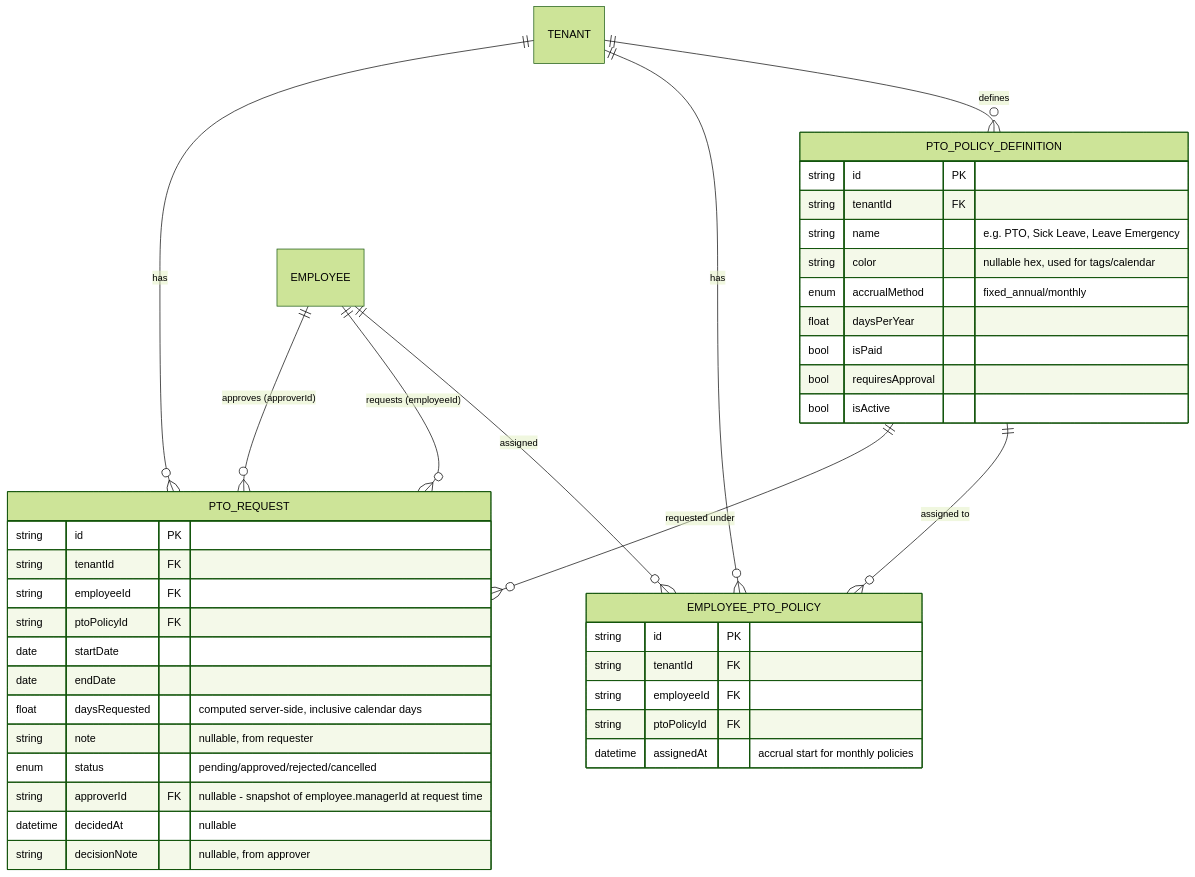
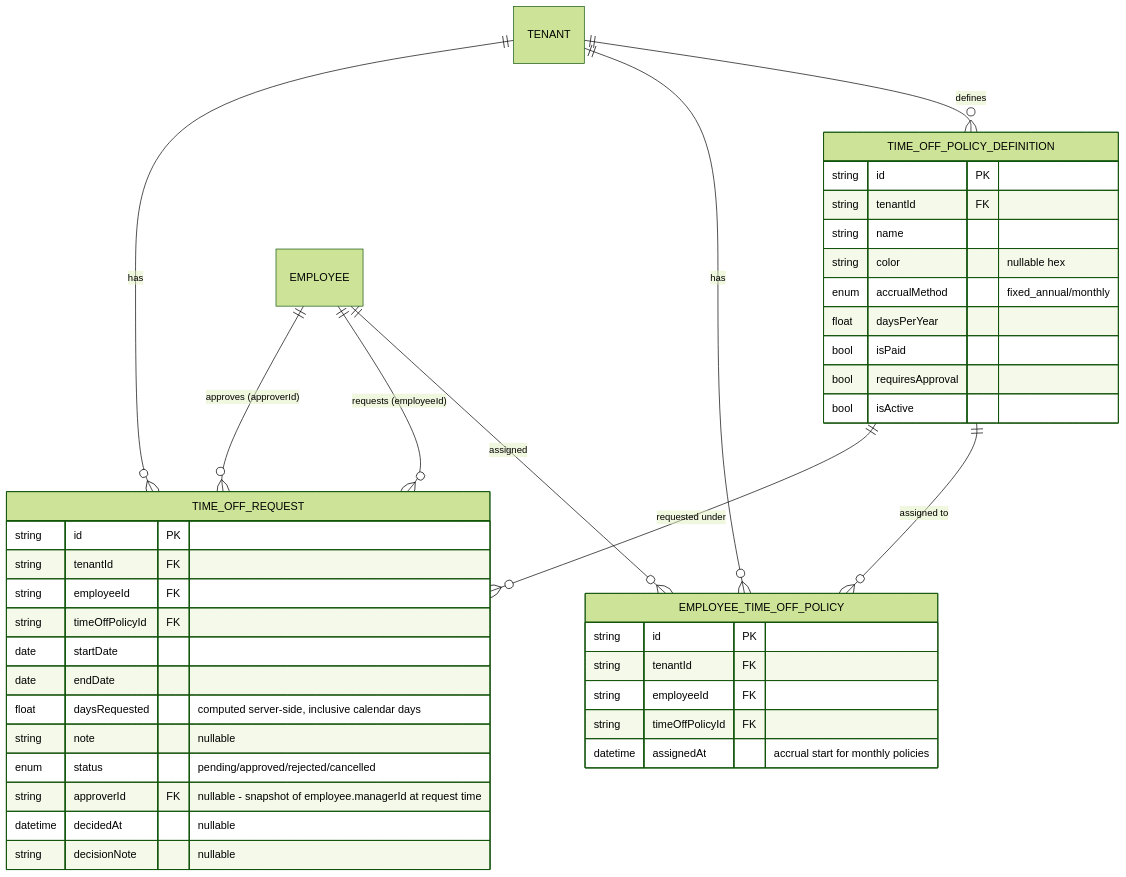
Before and after one commit to ABravo2025/northstack: the third of 5 diagrams in docs/database-schema.md, drawn with Mermaid (forest theme). The commit also changed other lines of this file and 5 other files, not shown here.

First line of the commit message:
Update docs, context, process, and DB schema for Clients redesign + router split

````diff
--- a/docs/database-schema.md
+++ b/docs/database-schema.md
@@ -152,45 +185,45 @@
 ```mermaid
 erDiagram
-    TENANT ||--o{ PTO_POLICY_DEFINITION : "defines"
-    TENANT ||--o{ EMPLOYEE_PTO_POLICY : "has"
-    TENANT ||--o{ PTO_REQUEST : "has"
+    TENANT ||--o{ TIME_OFF_POLICY_DEFINITION : "defines"
+    TENANT ||--o{ EMPLOYEE_TIME_OFF_POLICY : "has"
+    TENANT ||--o{ TIME_OFF_REQUEST : "has"
 
-    EMPLOYEE ||--o{ EMPLOYEE_PTO_POLICY : "assigned"
-    PTO_POLICY_DEFINITION ||--o{ EMPLOYEE_PTO_POLICY : "assigned to"
-    EMPLOYEE ||--o{ PTO_REQUEST : "requests (employeeId)"
-    EMPLOYEE ||--o{ PTO_REQUEST : "approves (approverId)"
-    PTO_POLICY_DEFINITION ||--o{ PTO_REQUEST : "requested under"
+    EMPLOYEE ||--o{ EMPLOYEE_TIME_OFF_POLICY : "assigned"
+    TIME_OFF_POLICY_DEFINITION ||--o{ EMPLOYEE_TIME_OFF_POLICY : "assigned to"
+    EMPLOYEE ||--o{ TIME_OFF_REQUEST : "requests (employeeId)"
+    EMPLOYEE ||--o{ TIME_OFF_REQUEST : "approves (approverId)"
+    TIME_OFF_POLICY_DEFINITION ||--o{ TIME_OFF_REQUEST : "requested under"
 
-    PTO_POLICY_DEFINITION {
+    TIME_OFF_POLICY_DEFINITION {
         string id PK
         string tenantId FK
-        string name "e.g. PTO, Sick Leave, Leave Emergency"
-        string color "nullable hex, used for tags/calendar"
+        string name
+        string color "nullable hex"
         enum accrualMethod "fixed_annual/monthly"
         float daysPerYear
         bool isPaid
         bool requiresApproval
         bool isActive
     }
-    EMPLOYEE_PTO_POLICY {
+    EMPLOYEE_TIME_OFF_POLICY {
         string id PK
         string tenantId FK
         string employeeId FK
-        string ptoPolicyId FK
+        string timeOffPolicyId FK
         datetime assignedAt "accrual start for monthly policies"
     }
-    PTO_REQUEST {
+    TIME_OFF_REQUEST {
         string id PK
         string tenantId FK
         string employeeId FK
-        string ptoPolicyId FK
+        string timeOffPolicyId FK
         date startDate
         date endDate
         float daysRequested "computed server-side, inclusive calendar days"
-        string note "nullable, from requester"
+        string note "nullable"
         enum status "pending/approved/rejected/cancelled"
         string approverId FK "nullable - snapshot of employee.managerId at request time"
         datetime decidedAt "nullable"
-        string decisionNote "nullable, from approver"
+        string decisionNote "nullable"
     }
 ```
````
